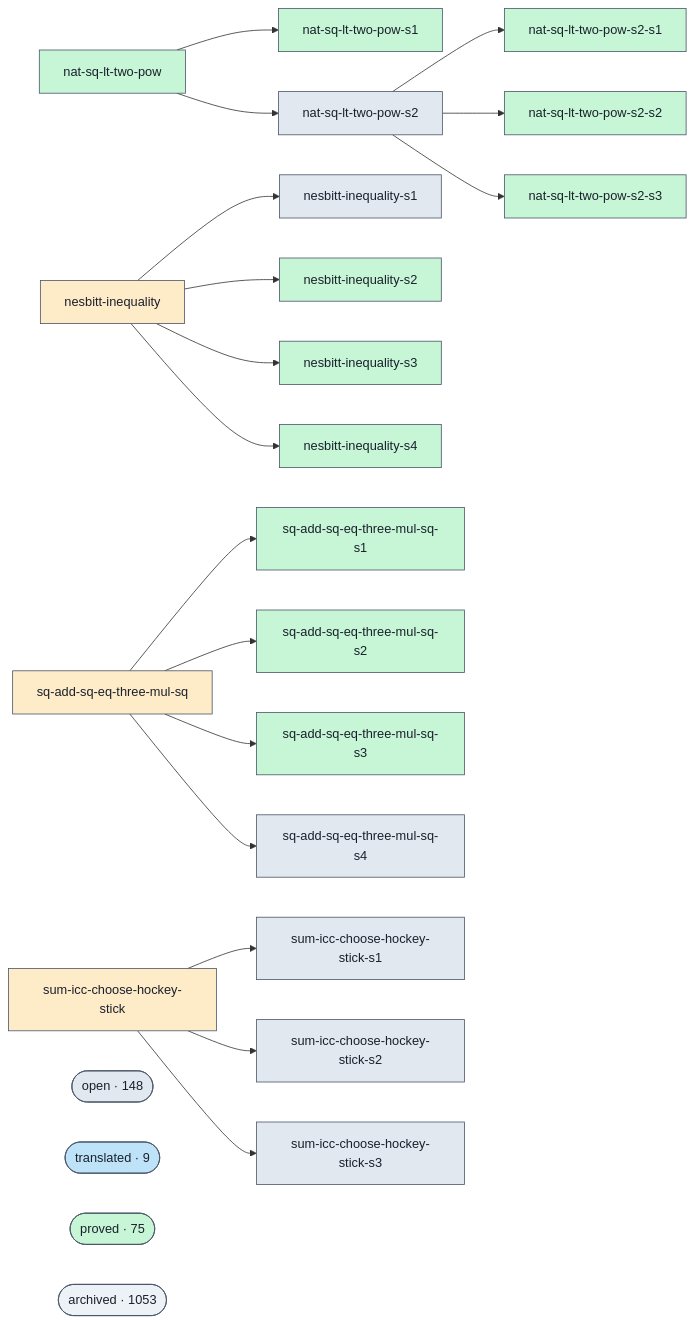
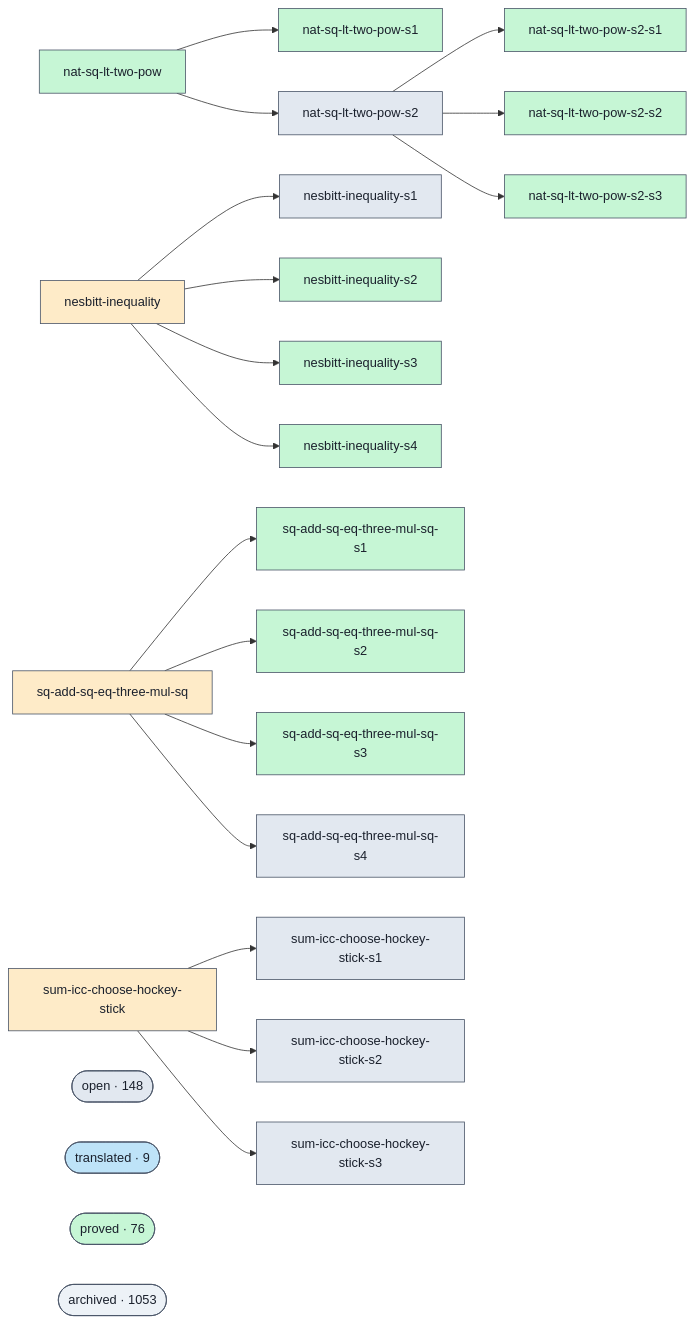
Before and after one commit to ohdearquant/unsorry: the diagram in docs/proofs-contributors-visualisation.md, drawn with Mermaid. The commit also changed other lines of this file and 2 other files, not shown here.

```diff
--- a/docs/proofs-contributors-visualisation.md
+++ b/docs/proofs-contributors-visualisation.md
@@ -102,7 +102,7 @@
   class cluster_open open;
   cluster_translated(["translated · 9"])
   class cluster_translated translated;
-  cluster_proved(["proved · 75"])
+  cluster_proved(["proved · 76"])
   class cluster_proved proved;
   cluster_archived(["archived · 1053"])
   class cluster_archived unknown;
```
